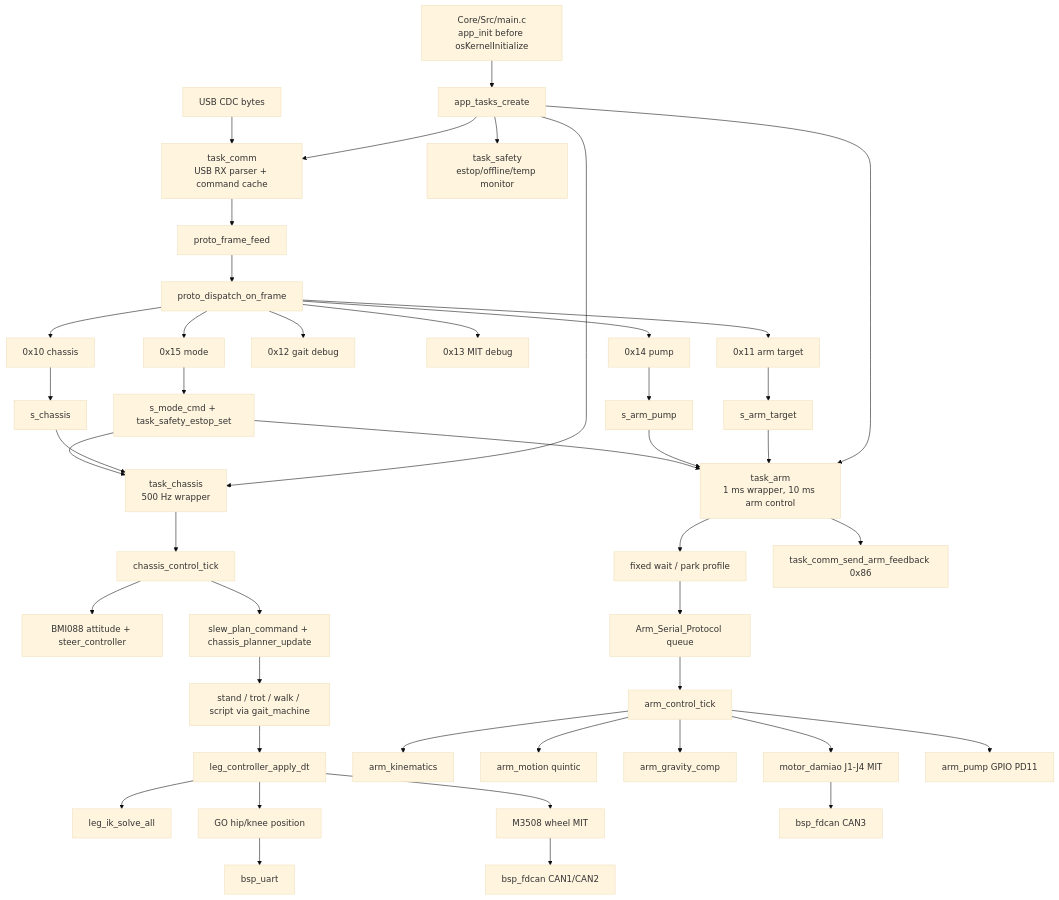
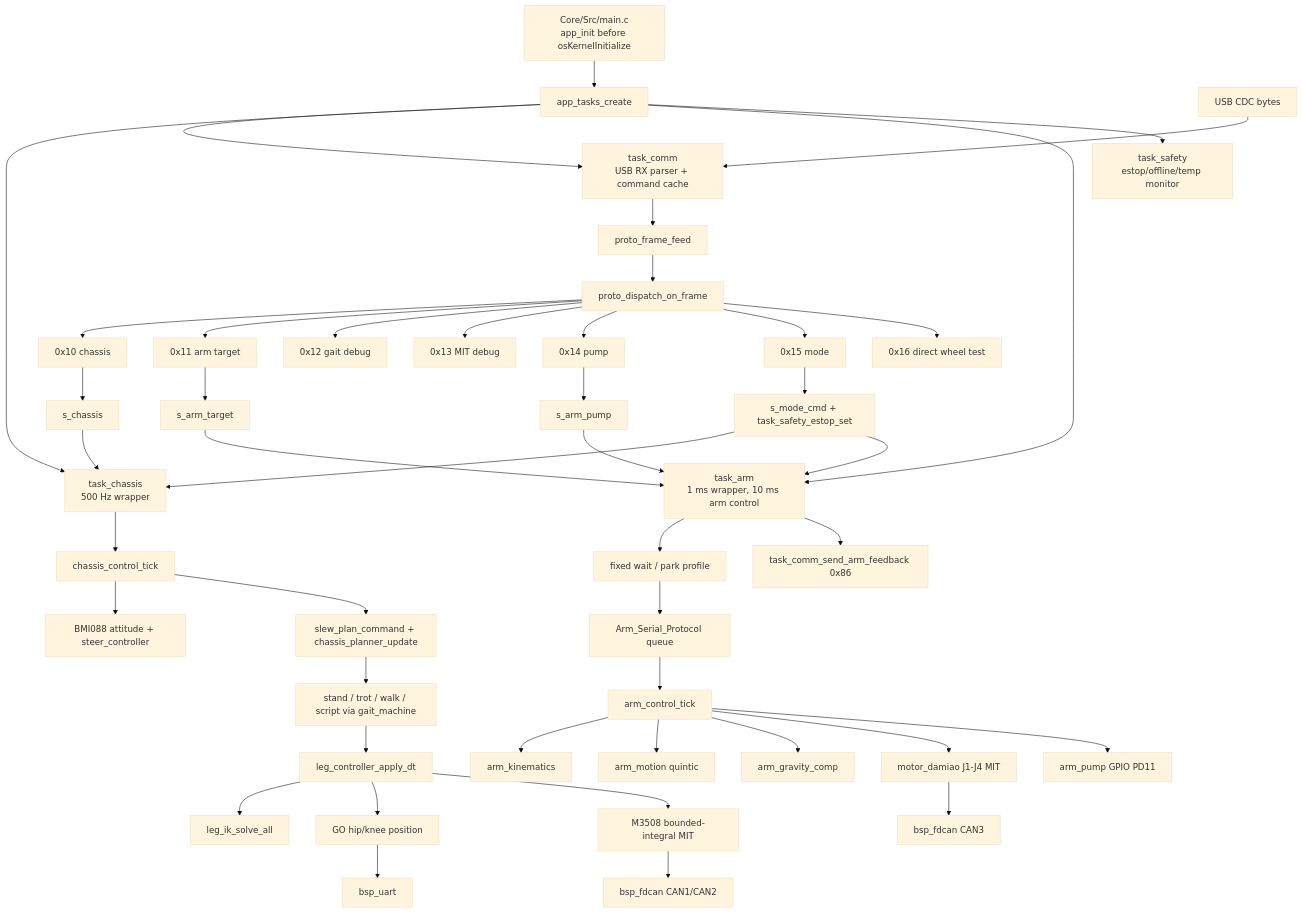
Before and after one commit to perfectYYY/FengMH: the diagram in docs/firmware_control_flow.md, drawn with Mermaid (base theme). The commit also changed other lines of this file and 24 other files, not shown here.

````diff
--- a/docs/firmware_control_flow.md
+++ b/docs/firmware_control_flow.md
@@ -7,50 +7,51 @@
 ```mermaid
 flowchart TD
     MAIN["Core/Src/main.c\napp_init before osKernelInitialize"] --> TASKS["app_tasks_create"]
     TASKS --> COMM["task_comm\nUSB RX parser + command cache"]
     TASKS --> CH_TASK["task_chassis\n500 Hz wrapper"]
     TASKS --> ARM_TASK["task_arm\n1 ms wrapper, 10 ms arm control"]
     TASKS --> SAFETY["task_safety\nestop/offline/temp monitor"]
 
     USB["USB CDC bytes"] --> COMM
     COMM --> FRAME["proto_frame_feed"]
     FRAME --> DISP["proto_dispatch_on_frame"]
     DISP --> H10["0x10 chassis"]
     DISP --> H11["0x11 arm target"]
     DISP --> H12["0x12 gait debug"]
     DISP --> H13["0x13 MIT debug"]
     DISP --> H14["0x14 pump"]
     DISP --> H15["0x15 mode"]
+    DISP --> H16["0x16 direct wheel test"]
 
     H10 --> CH_CACHE["s_chassis"]
     H11 --> ARM_CACHE["s_arm_target"]
     H14 --> PUMP_CACHE["s_arm_pump"]
     H15 --> MODE_CACHE["s_mode_cmd + task_safety_estop_set"]
 
     CH_CACHE --> CH_TASK
     MODE_CACHE --> CH_TASK
     CH_TASK --> CH_CTRL["chassis_control_tick"]
     CH_CTRL --> STEER["BMI088 attitude + steer_controller"]
     CH_CTRL --> PLAN["slew_plan_command + chassis_planner_update"]
     PLAN --> GAIT["stand / trot / walk / script via gait_machine"]
     GAIT --> LEG["leg_controller_apply_dt"]
     LEG --> IK["leg_ik_solve_all"]
     LEG --> GO["GO hip/knee position"]
-    LEG --> WHEEL["M3508 wheel MIT"]
+    LEG --> WHEEL["M3508 bounded-integral MIT"]
     GO --> UART["bsp_uart"]
     WHEEL --> FDCAN12["bsp_fdcan CAN1/CAN2"]
 
     ARM_CACHE --> ARM_TASK
     PUMP_CACHE --> ARM_TASK
     MODE_CACHE --> ARM_TASK
     ARM_TASK --> FIXED["fixed wait / park profile"]
     FIXED --> LEGACYQ["Arm_Serial_Protocol queue"]
     LEGACYQ --> ARMCTRL["arm_control_tick"]
     ARMCTRL --> ARMIK["arm_kinematics"]
     ARMCTRL --> ARMMOTION["arm_motion quintic"]
     ARMCTRL --> ARMGC["arm_gravity_comp"]
     ARMCTRL --> DAMIAO["motor_damiao J1-J4 MIT"]
     ARMCTRL --> PUMP["arm_pump GPIO PD11"]
     DAMIAO --> FDCAN3["bsp_fdcan CAN3"]
     ARM_TASK --> FB["task_comm_send_arm_feedback 0x86"]
 ```
````
